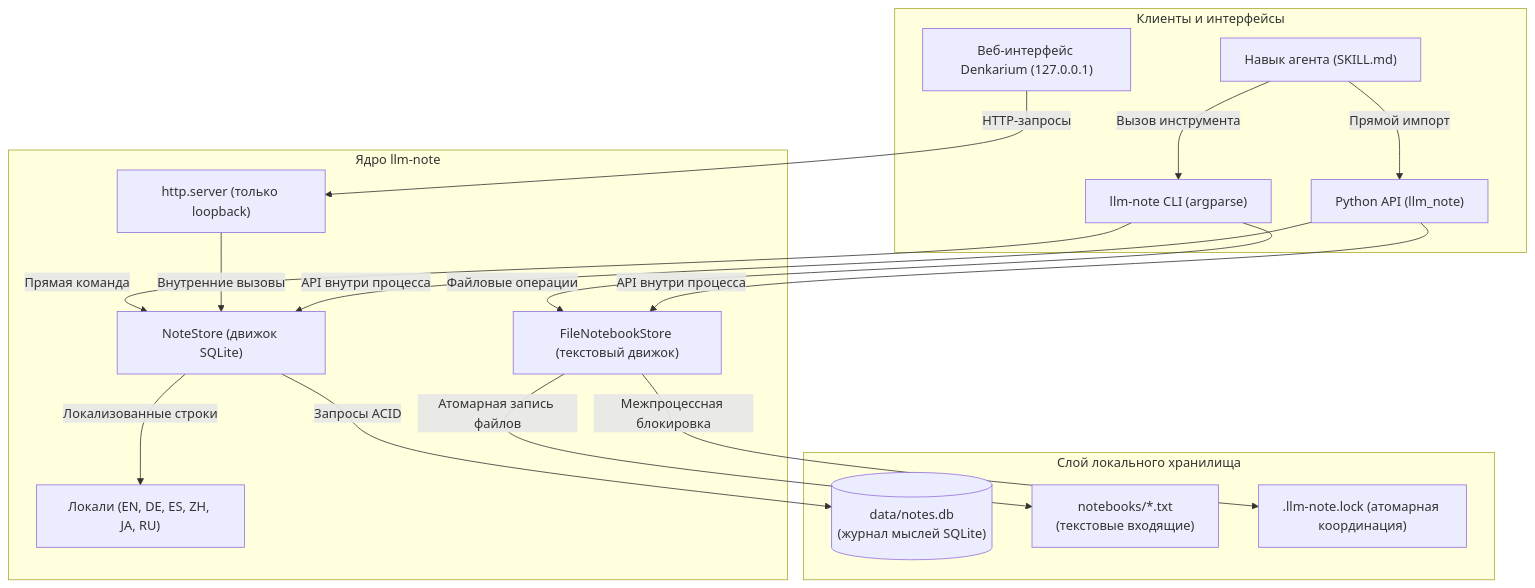
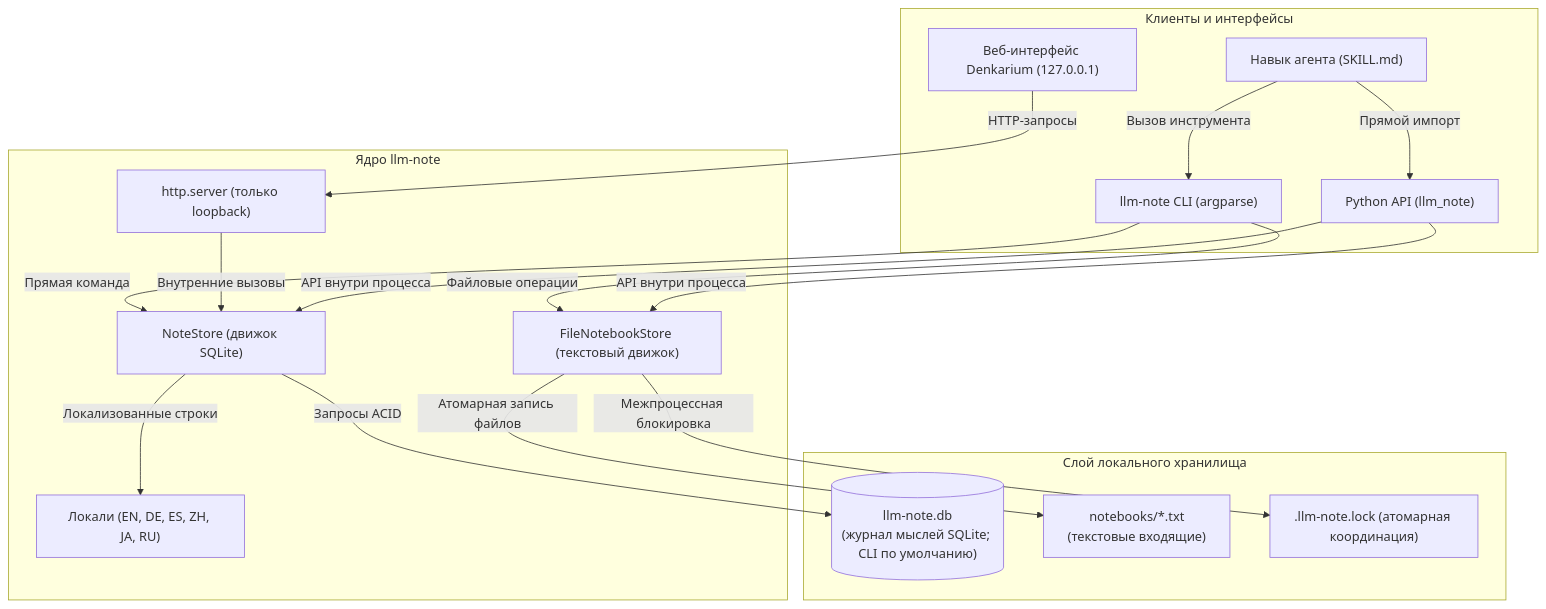
The first of 2 diagrams in README_ru.md (doc-bricks/llm-note), drawn with Mermaid before and after one commit. The commit also changed other lines of this file and 14 other files, not shown here.

````diff
--- a/README_ru.md
+++ b/README_ru.md
@@ -99,36 +94,36 @@
 ```mermaid
 graph TD
     subgraph Clients["Клиенты и интерфейсы"]
         CLI["llm-note CLI (argparse)"]
         GUI["Веб-интерфейс Denkarium (127.0.0.1)"]
         PyAPI["Python API (llm_note)"]
         Skill["Навык агента (SKILL.md)"]
     end
 
     subgraph CoreEngine["Ядро llm-note"]
         NoteStore["NoteStore (движок SQLite)"]
         FileStore["FileNotebookStore (текстовый движок)"]
         HTTP["http.server (только loopback)"]
         I18N["Локали (EN, DE, ES, ZH, JA, RU)"]
     end
 
     subgraph LocalStorage["Слой локального хранилища"]
-        DB[("data/notes.db<br/>(журнал мыслей SQLite)")]
+        DB[("llm-note.db<br/>(журнал мыслей SQLite; CLI по умолчанию)")]
         Notebooks["notebooks/*.txt<br/>(текстовые входящие)"]
         LockFile[".llm-note.lock (атомарная координация)"]
     end
 
     CLI -->|"Прямая команда"| NoteStore
     CLI -->|"Файловые операции"| FileStore
     GUI -->|"HTTP-запросы"| HTTP
     HTTP -->|"Внутренние вызовы"| NoteStore
     PyAPI -->|"API внутри процесса"| NoteStore
     PyAPI -->|"API внутри процесса"| FileStore
     Skill -->|"Вызов инструмента"| CLI
     Skill -->|"Прямой импорт"| PyAPI
 
     NoteStore -->|"Запросы ACID"| DB
     NoteStore -->|"Локализованные строки"| I18N
     FileStore -->|"Атомарная запись файлов"| Notebooks
     FileStore -->|"Межпроцессная блокировка"| LockFile
 ```
````
